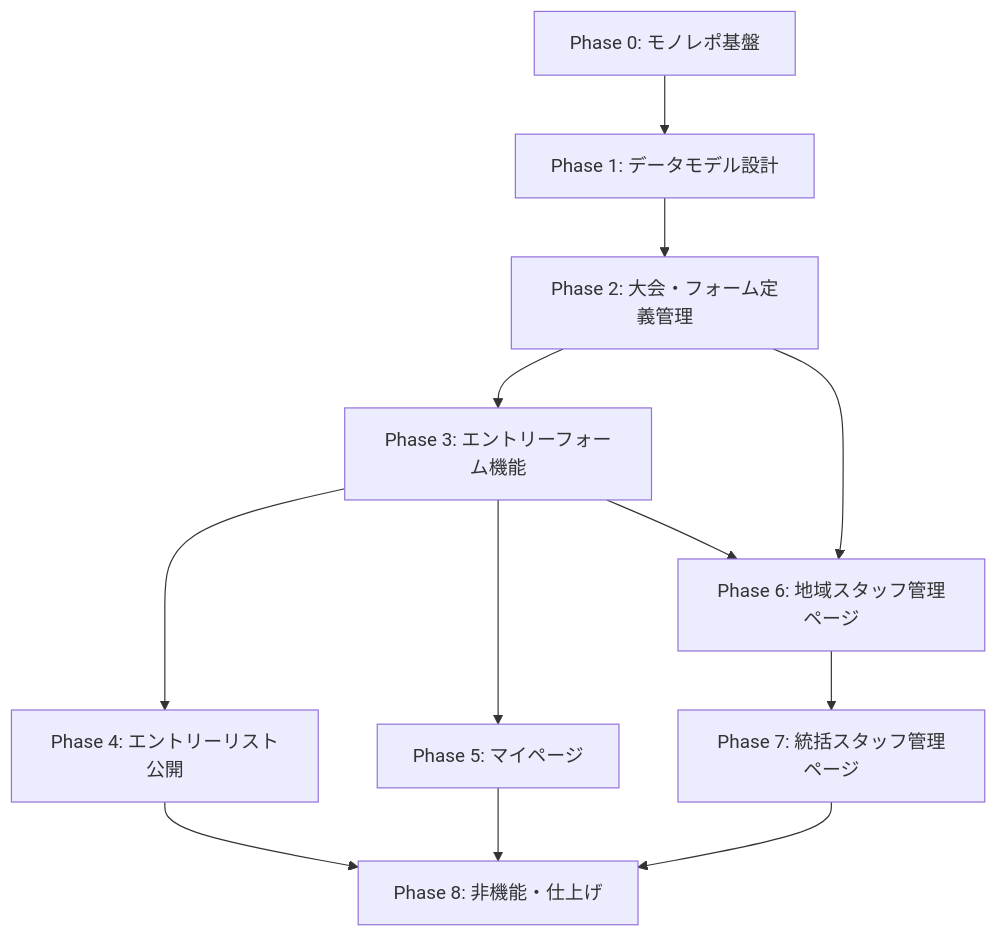
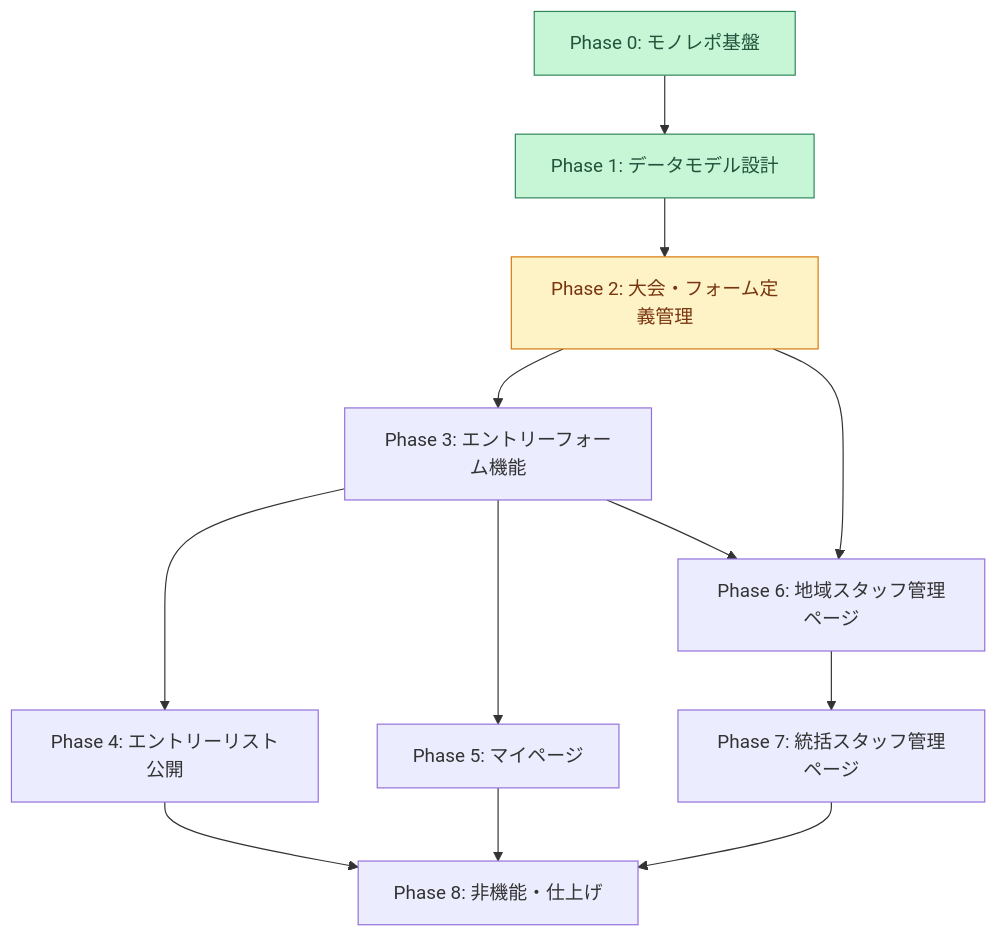
Before and after one commit to m-uesaka/regional-quiz-entry-form: the first of 7 diagrams in tasks.md, drawn with Mermaid. The commit also changed other lines of this file, not shown here.

First line of the commit message:
docs(tasks): mark Phase 0/1 as complete and highlight next task

````diff
--- a/tasks.md
+++ b/tasks.md
@@ -68,14 +68,17 @@
 ```mermaid
 graph TD
-  P0["Phase 0: モノレポ基盤"] --> P1["Phase 1: データモデル設計"]
-  P1 --> P2["Phase 2: 大会・フォーム定義管理"]
+  P0["Phase 0: モノレポ基盤"]:::done --> P1["Phase 1: データモデル設計"]:::done
+  P1 --> P2["Phase 2: 大会・フォーム定義管理"]:::next
   P2 --> P3["Phase 3: エントリーフォーム機能"]
   P3 --> P4["Phase 4: エントリーリスト公開"]
   P3 --> P5["Phase 5: マイページ"]
   P2 --> P6["Phase 6: 地域スタッフ管理ページ"]
   P3 --> P6
   P6 --> P7["Phase 7: 統括スタッフ管理ページ"]
   P4 --> P8["Phase 8: 非機能・仕上げ"]
   P5 --> P8
   P7 --> P8
+
+  classDef done fill:#c6f6d5,stroke:#2f855a,color:#22543d;
+  classDef next fill:#fef3c7,stroke:#d97706,color:#78350f;
 ```
````
